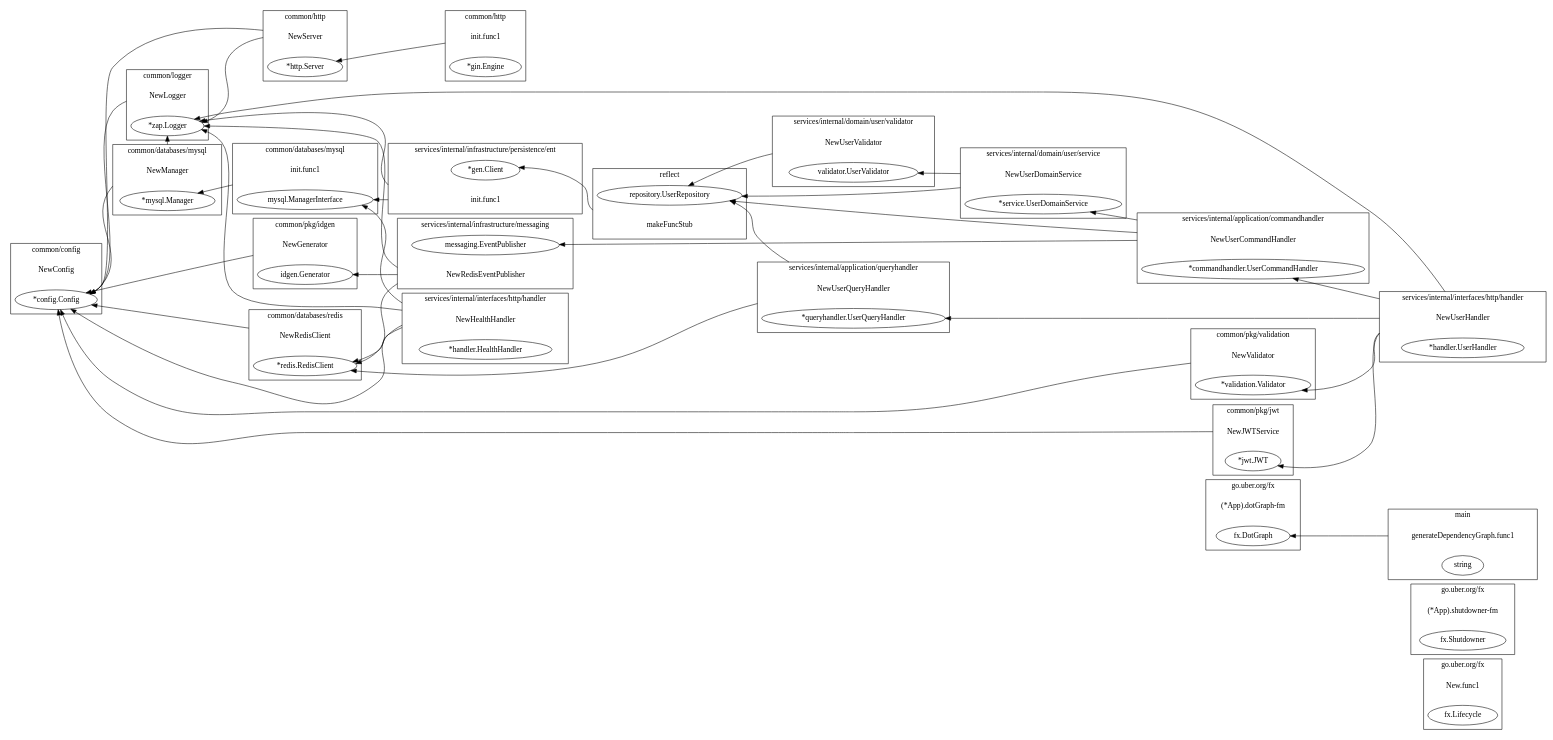
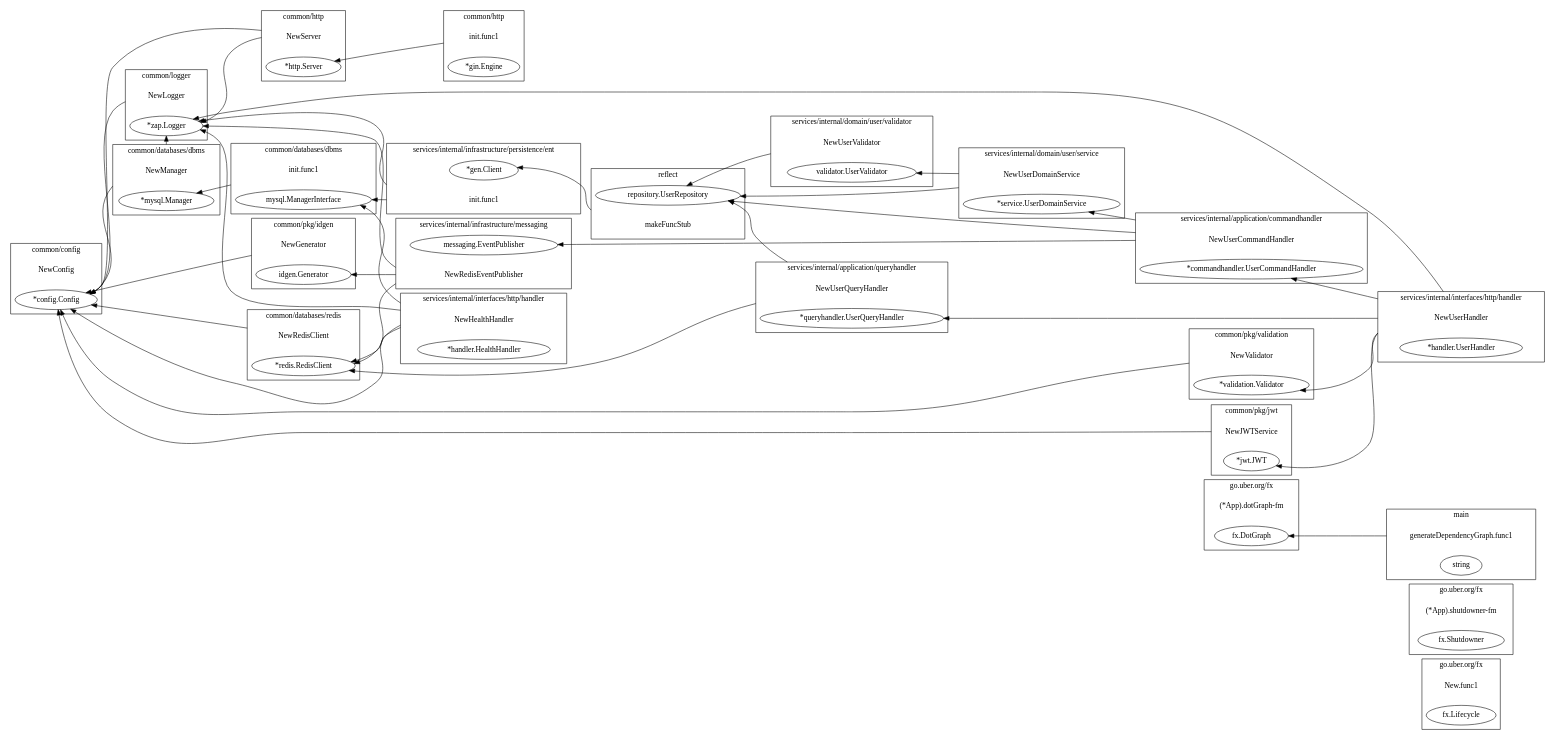
One commit to bisenliu/go-micro-scaffold changed the diagram in assets/dependency-graph.dot. Above: the diagram before and after it, drawn with Graphviz. The commit also changed 9 other files, not shown here.

```diff
--- a/assets/dependency-graph.dot
+++ b/assets/dependency-graph.dot
@@ -1,154 +1,154 @@
 digraph {
 	rankdir=RL;
 	graph [compound=true];
 	subgraph cluster_0 {
 		label = "go.uber.org/fx";
 		constructor_0 [shape=plaintext label="New.func1"];
 		"fx.Lifecycle" [label=<fx.Lifecycle>];
 	}
 	subgraph cluster_1 {
 		label = "go.uber.org/fx";
 		constructor_1 [shape=plaintext label="(*App).shutdowner-fm"];
 		"fx.Shutdowner" [label=<fx.Shutdowner>];
 	}
 	subgraph cluster_2 {
 		label = "go.uber.org/fx";
 		constructor_2 [shape=plaintext label="(*App).dotGraph-fm"];
 		"fx.DotGraph" [label=<fx.DotGraph>];
 	}
 	subgraph cluster_3 {
 		label = "main";
 		constructor_3 [shape=plaintext label="generateDependencyGraph.func1"];
 		"string" [label=<string>];
 	}
 	constructor_3 -> "fx.DotGraph" [ltail=cluster_3];
 	subgraph cluster_4 {
 		label = "common/config";
 		constructor_4 [shape=plaintext label="NewConfig"];
 		"*config.Config" [label=<*config.Config>];
 	}
 	subgraph cluster_5 {
 		label = "common/logger";
 		constructor_5 [shape=plaintext label="NewLogger"];
 		"*zap.Logger" [label=<*zap.Logger>];
 	}
 	constructor_5 -> "*config.Config" [ltail=cluster_5];
 	subgraph cluster_6 {
-		label = "common/databases/mysql";
+		label = "common/databases/dbms";
 		constructor_6 [shape=plaintext label="NewManager"];
 		"*mysql.Manager" [label=<*mysql.Manager>];
 	}
 	constructor_6 -> "*config.Config" [ltail=cluster_6];
 	constructor_6 -> "*zap.Logger" [ltail=cluster_6];
 	subgraph cluster_7 {
-		label = "common/databases/mysql";
+		label = "common/databases/dbms";
 		constructor_7 [shape=plaintext label="init.func1"];
 		"mysql.ManagerInterface" [label=<mysql.ManagerInterface>];
 	}
 	constructor_7 -> "*mysql.Manager" [ltail=cluster_7];
 	subgraph cluster_8 {
 		label = "common/databases/redis";
 		constructor_8 [shape=plaintext label="NewRedisClient"];
 		"*redis.RedisClient" [label=<*redis.RedisClient>];
 	}
 	constructor_8 -> "*config.Config" [ltail=cluster_8];
 	subgraph cluster_9 {
 		label = "common/pkg/validation";
 		constructor_9 [shape=plaintext label="NewValidator"];
 		"*validation.Validator" [label=<*validation.Validator>];
 	}
 	constructor_9 -> "*config.Config" [ltail=cluster_9];
 	subgraph cluster_10 {
 		label = "common/pkg/idgen";
 		constructor_10 [shape=plaintext label="NewGenerator"];
 		"idgen.Generator" [label=<idgen.Generator>];
 	}
 	constructor_10 -> "*config.Config" [ltail=cluster_10];
 	subgraph cluster_11 {
 		label = "common/pkg/jwt";
 		constructor_11 [shape=plaintext label="NewJWTService"];
 		"*jwt.JWT" [label=<*jwt.JWT>];
 	}
 	constructor_11 -> "*config.Config" [ltail=cluster_11];
 	subgraph cluster_12 {
 		label = "common/http";
 		constructor_12 [shape=plaintext label="NewServer"];
 		"*http.Server" [label=<*http.Server>];
 	}
 	constructor_12 -> "*config.Config" [ltail=cluster_12];
 	constructor_12 -> "*zap.Logger" [ltail=cluster_12];
 	subgraph cluster_13 {
 		label = "common/http";
 		constructor_13 [shape=plaintext label="init.func1"];
 		"*gin.Engine" [label=<*gin.Engine>];
 	}
 	constructor_13 -> "*http.Server" [ltail=cluster_13];
 	subgraph cluster_14 {
 		label = "services/internal/domain/user/validator";
 		constructor_14 [shape=plaintext label="NewUserValidator"];
 		"validator.UserValidator" [label=<validator.UserValidator>];
 	}
 	constructor_14 -> "repository.UserRepository" [ltail=cluster_14];
 	subgraph cluster_15 {
 		label = "services/internal/domain/user/service";
 		constructor_15 [shape=plaintext label="NewUserDomainService"];
 		"*service.UserDomainService" [label=<*service.UserDomainService>];
 	}
 	constructor_15 -> "repository.UserRepository" [ltail=cluster_15];
 	constructor_15 -> "validator.UserValidator" [ltail=cluster_15];
 	subgraph cluster_16 {
 		label = "reflect";
 		constructor_16 [shape=plaintext label="makeFuncStub"];
 		"repository.UserRepository" [label=<repository.UserRepository>];
 	}
 	constructor_16 -> "*gen.Client" [ltail=cluster_16];
 	subgraph cluster_17 {
 		label = "services/internal/application/commandhandler";
 		constructor_17 [shape=plaintext label="NewUserCommandHandler"];
 		"*commandhandler.UserCommandHandler" [label=<*commandhandler.UserCommandHandler>];
 	}
 	constructor_17 -> "repository.UserRepository" [ltail=cluster_17];
 	constructor_17 -> "*service.UserDomainService" [ltail=cluster_17];
 	constructor_17 -> "messaging.EventPublisher" [ltail=cluster_17];
 	subgraph cluster_18 {
 		label = "services/internal/application/queryhandler";
 		constructor_18 [shape=plaintext label="NewUserQueryHandler"];
 		"*queryhandler.UserQueryHandler" [label=<*queryhandler.UserQueryHandler>];
 	}
 	constructor_18 -> "repository.UserRepository" [ltail=cluster_18];
 	constructor_18 -> "*redis.RedisClient" [ltail=cluster_18];
 	subgraph cluster_19 {
 		label = "services/internal/infrastructure/messaging";
 		constructor_19 [shape=plaintext label="NewRedisEventPublisher"];
 		"messaging.EventPublisher" [label=<messaging.EventPublisher>];
 	}
 	constructor_19 -> "*redis.RedisClient" [ltail=cluster_19];
 	constructor_19 -> "*zap.Logger" [ltail=cluster_19];
 	constructor_19 -> "idgen.Generator" [ltail=cluster_19];
 	subgraph cluster_20 {
 		label = "services/internal/infrastructure/persistence/ent";
 		constructor_20 [shape=plaintext label="init.func1"];
 		"*gen.Client" [label=<*gen.Client>];
 	}
 	constructor_20 -> "mysql.ManagerInterface" [ltail=cluster_20];
 	constructor_20 -> "*zap.Logger" [ltail=cluster_20];
 	subgraph cluster_21 {
 		label = "services/internal/interfaces/http/handler";
 		constructor_21 [shape=plaintext label="NewUserHandler"];
 		"*handler.UserHandler" [label=<*handler.UserHandler>];
 	}
 	constructor_21 -> "*commandhandler.UserCommandHandler" [ltail=cluster_21];
 	constructor_21 -> "*queryhandler.UserQueryHandler" [ltail=cluster_21];
 	constructor_21 -> "*zap.Logger" [ltail=cluster_21];
 	constructor_21 -> "*validation.Validator" [ltail=cluster_21];
 	constructor_21 -> "*jwt.JWT" [ltail=cluster_21];
 	subgraph cluster_22 {
 		label = "services/internal/interfaces/http/handler";
 		constructor_22 [shape=plaintext label="NewHealthHandler"];
 		"*handler.HealthHandler" [label=<*handler.HealthHandler>];
 	}
 	constructor_22 -> "mysql.ManagerInterface" [ltail=cluster_22];
 	constructor_22 -> "*redis.RedisClient" [ltail=cluster_22];
 	constructor_22 -> "*config.Config" [ltail=cluster_22];
 	constructor_22 -> "*zap.Logger" [ltail=cluster_22];
 }
```
